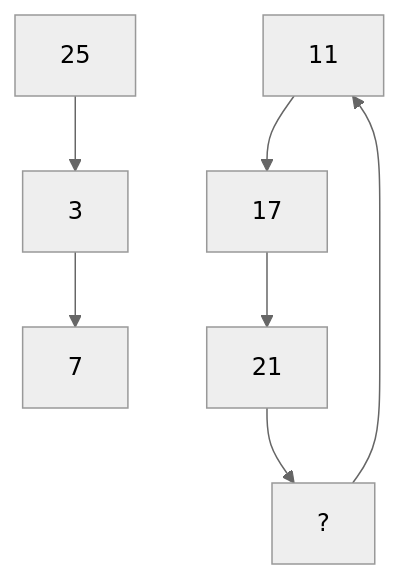
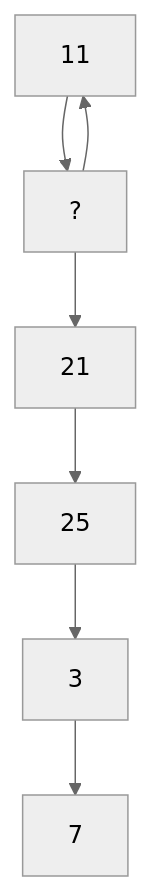
The diagram in Guessing.md (Amiyahvbest/Guessing.md), drawn with Mermaid (neutral theme) before and after one commit.

Commit message:
Guessing.md

````diff
--- a/Guessing.md
+++ b/Guessing.md
@@ -1,9 +1,9 @@
 ```mermaid
 flowchart TD;
 3-->7
 ?-->11
-11-->17
-17-->21
-21-->?
+11-->?
+?-->21
+21-->25
 25-->3
 ```
````
